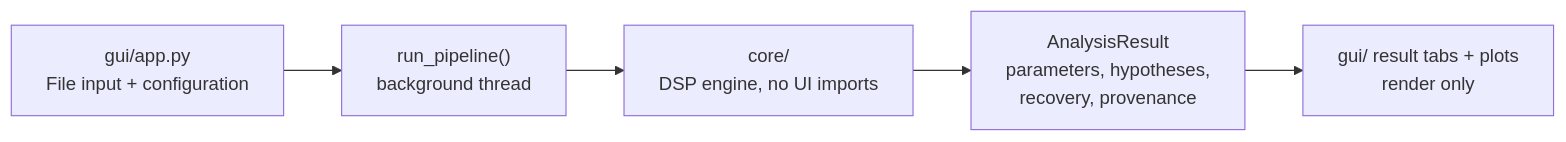
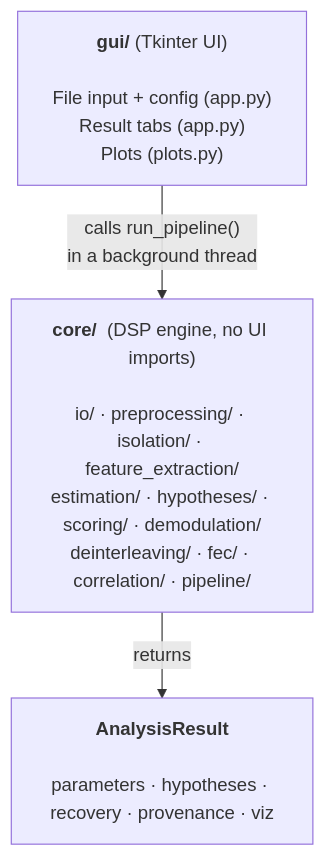
One commit to Akhil-0911/SigIQ changed the first of 3 diagrams in README.md. Above: the diagram before and after it, drawn with Mermaid.

Commit message:
Restore the original three-box architecture layout in Mermaid
The previous Mermaid version flattened the diagram into 5 small
chained boxes, losing the grouped content each layer used to show
(gui/'s three UI pieces, core/'s twelve packages, AnalysisResult's
fields) that the original ASCII diagram had. Rebuilt it as the same
three stacked boxes (gui/ -> core/ -> AnalysisResult), each with its
full content inside, same text as before, just rendered as a real
diagram instead of hand-drawn box characters.

````diff
--- a/README.md
+++ b/README.md
@@ -82,7 +82,9 @@
 ```mermaid
-flowchart LR
-    A["gui/app.py<br/>File input + configuration"] --> B["run_pipeline()<br/>background thread"]
-    B --> C["core/<br/>DSP engine, no UI imports"]
-    C --> D["AnalysisResult<br/>parameters, hypotheses,<br/>recovery, provenance"]
-    D --> E["gui/ result tabs + plots<br/>render only"]
+flowchart TD
+    GUI["<b>gui/</b>  (Tkinter UI)<br/><br/>File input + config (app.py)<br/>Result tabs (app.py)<br/>Plots (plots.py)"]
+    CORE["<b>core/</b>  (DSP engine, no UI imports)<br/><br/>io/ · preprocessing/ · isolation/ · feature_extraction/<br/>estimation/ · hypotheses/ · scoring/ · demodulation/<br/>deinterleaving/ · fec/ · correlation/ · pipeline/"]
+    RESULT["<b>AnalysisResult</b><br/><br/>parameters · hypotheses · recovery · provenance · viz"]
+
+    GUI -->|"calls run_pipeline()<br/>in a background thread"| CORE
+    CORE -->|returns| RESULT
 ```
````
